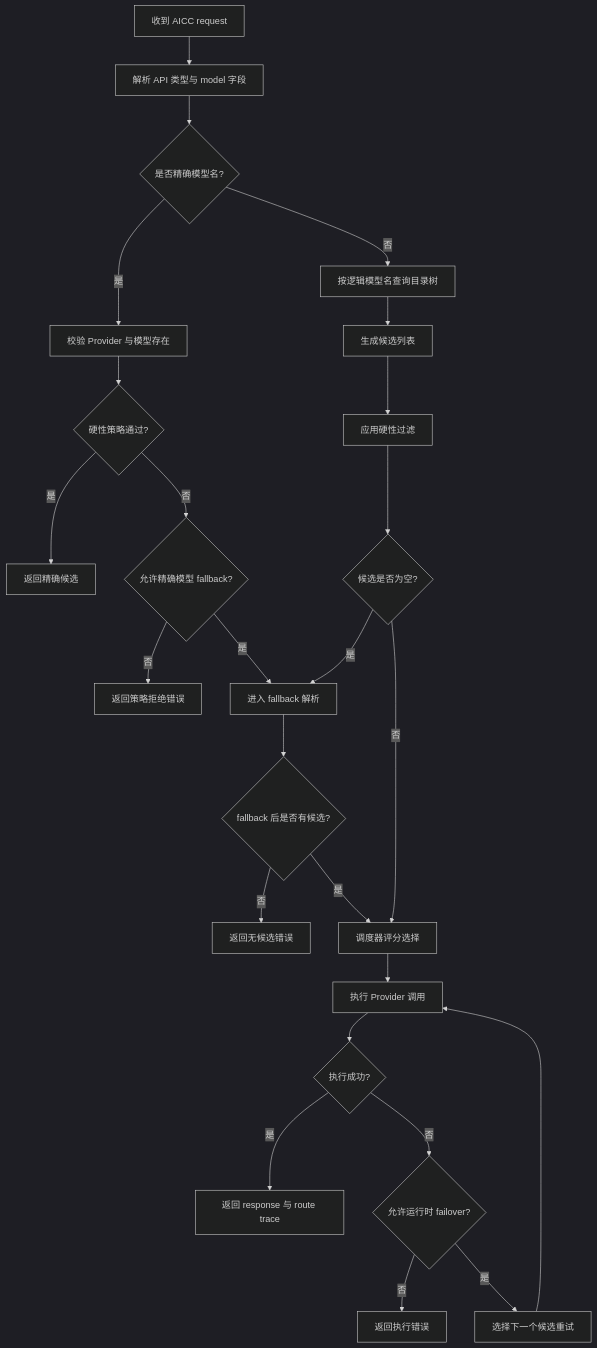
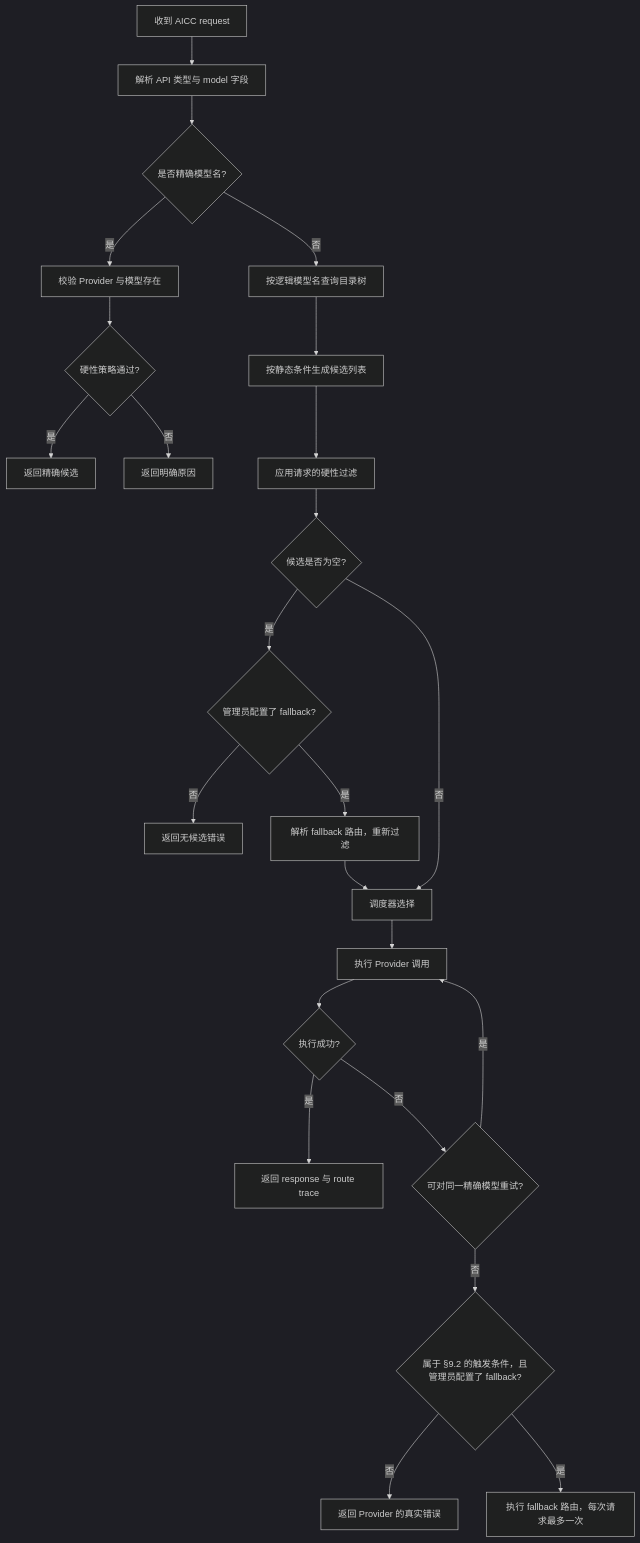
One commit to buckyos/buckyos changed the second of 2 diagrams in doc/aicc/aicc_router.md. Above: the diagram before and after it, drawn with Mermaid (dark theme). The commit also changed other lines of this file and 164 other files, not shown here.

````diff
--- a/doc/aicc/aicc_router.md
+++ b/doc/aicc/aicc_router.md
@@ -489,27 +491,26 @@
 ```mermaid
 flowchart TD
     A[收到 AICC request] --> B[解析 API 类型与 model 字段]
     B --> C{是否精确模型名?}
     C -- 是 --> D[校验 Provider 与模型存在]
     D --> E{硬性策略通过?}
     E -- 是 --> F[返回精确候选]
-    E -- 否 --> G{允许精确模型 fallback?}
-    G -- 否 --> ERR1[返回策略拒绝错误]
-    G -- 是 --> H[进入 fallback 解析]
+    E -- 否 --> ERR1[返回明确原因]
     C -- 否 --> I[按逻辑模型名查询目录树]
-    I --> J[生成候选列表]
-    J --> K[应用硬性过滤]
+    I --> J[按静态条件生成候选列表]
+    J --> K[应用请求的硬性过滤]
     K --> L{候选是否为空?}
-    L -- 是 --> H[进入 fallback 解析]
-    L -- 否 --> Q[调度器评分选择]
-    H --> N{fallback 后是否有候选?}
-    N -- 否 --> ERR2[返回无候选错误]
-    N -- 是 --> Q
+    L -- 是 --> H{管理员配置了 fallback?}
+    L -- 否 --> Q[调度器选择]
+    H -- 否 --> ERR2[返回无候选错误]
+    H -- 是 --> N[解析 fallback 路由，重新过滤]
+    N --> Q
     Q --> S[执行 Provider 调用]
     S --> T{执行成功?}
     T -- 是 --> U[返回 response 与 route trace]
-    T -- 否 --> V{允许运行时 failover?}
-    V -- 否 --> ERR3[返回执行错误]
-    V -- 是 --> W[选择下一个候选重试]
-    W --> S
+    T -- 否 --> V{可对同一精确模型重试?}
+    V -- 是 --> S
+    V -- 否 --> W{属于 §9.2 的触发条件，且管理员配置了 fallback?}
+    W -- 否 --> ERR3[返回 Provider 的真实错误]
+    W -- 是 --> X[执行 fallback 路由，每次请求最多一次]
 ```
````
